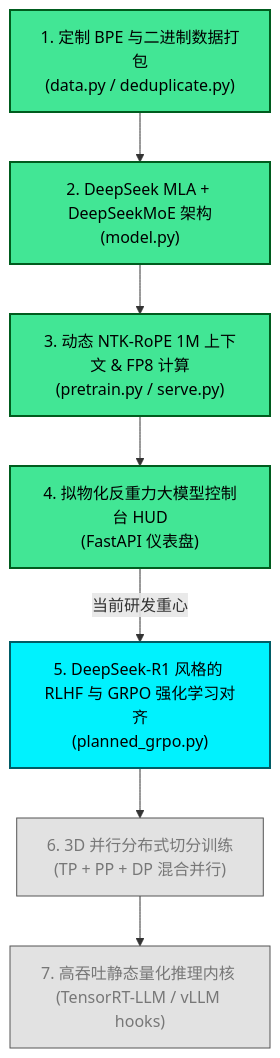
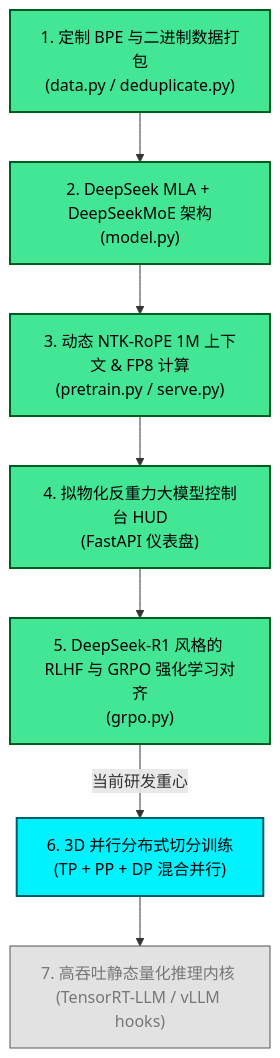
Before and after one commit to ifnodoraemon/nano-llm: the sixth of 6 diagrams in README_ZH.md, drawn with Mermaid. The commit also changed other lines of this file and 4 other files, not shown here.

Commit message:
feat: implement pure PyTorch DeepSeek-R1 GRPO alignment loop and unit tests, updating all roadmap blueprints

````diff
--- a/README_ZH.md
+++ b/README_ZH.md
@@ -169,19 +176,20 @@
 ```mermaid
 graph TD
     classDef comp fill:#42e695,stroke:#005c1e,stroke-width:2px,color:#000;
     classDef active fill:#00f2fe,stroke:#005c66,stroke-width:2px,color:#000;
     classDef planned fill:#e2e2e2,stroke:#555,stroke-width:1px,color:#777;
 
     C1["1. 定制 BPE 与二进制数据打包<br>(data.py / deduplicate.py)"]:::comp
     C2["2. DeepSeek MLA + DeepSeekMoE 架构<br>(model.py)"]:::comp
     C3["3. 动态 NTK-RoPE 1M 上下文 & FP8 计算<br>(pretrain.py / serve.py)"]:::comp
     C4["4. 拟物化反重力大模型控制台 HUD<br>(FastAPI 仪表盘)"]:::comp
+    C5["5. DeepSeek-R1 风格的 RLHF 与 GRPO 强化学习对齐<br>(grpo.py)"]:::comp
     
-    P1["5. DeepSeek-R1 风格的 RLHF 与 GRPO 强化学习对齐<br>(planned_grpo.py)"]:::active
-    P2["6. 3D 并行分布式切分训练 <br>(TP + PP + DP 混合并行)"]:::planned
-    P3["7. 高吞吐静态量化推理内核 <br>(TensorRT-LLM / vLLM hooks)"]:::planned
+    %% Planned milestones
+    P1["6. 3D 并行分布式切分训练 <br>(TP + PP + DP 混合并行)"]:::active
+    P2["7. 高吞吐静态量化推理内核 <br>(TensorRT-LLM / vLLM hooks)"]:::planned
     
-    C1 --> C2 --> C3 --> C4
-    C4 -->|当前研发重心| P1
-    P1 --> P2 --> P3
+    C1 --> C2 --> C3 --> C4 --> C5
+    C5 -->|当前研发重心| P1
+    P1 --> P2
 ```
````
